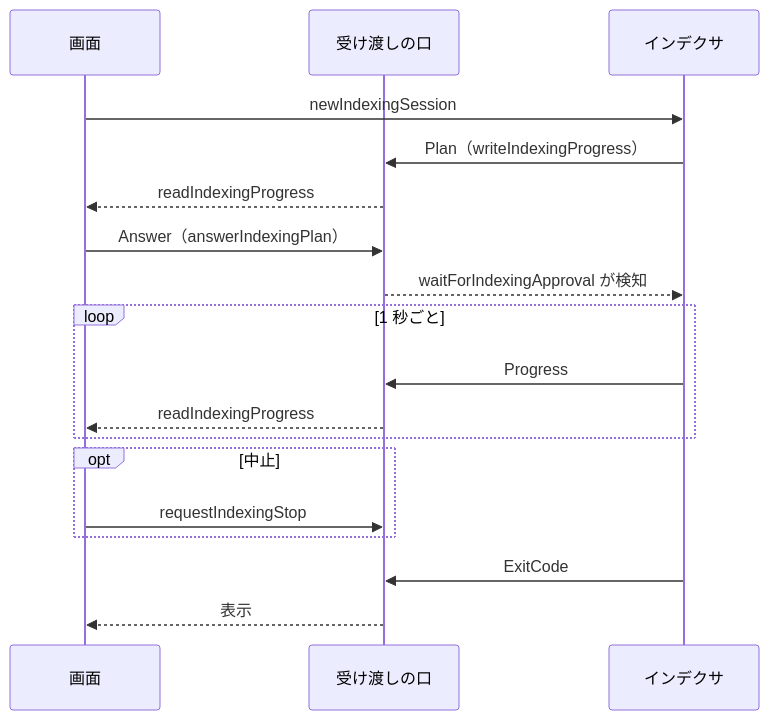
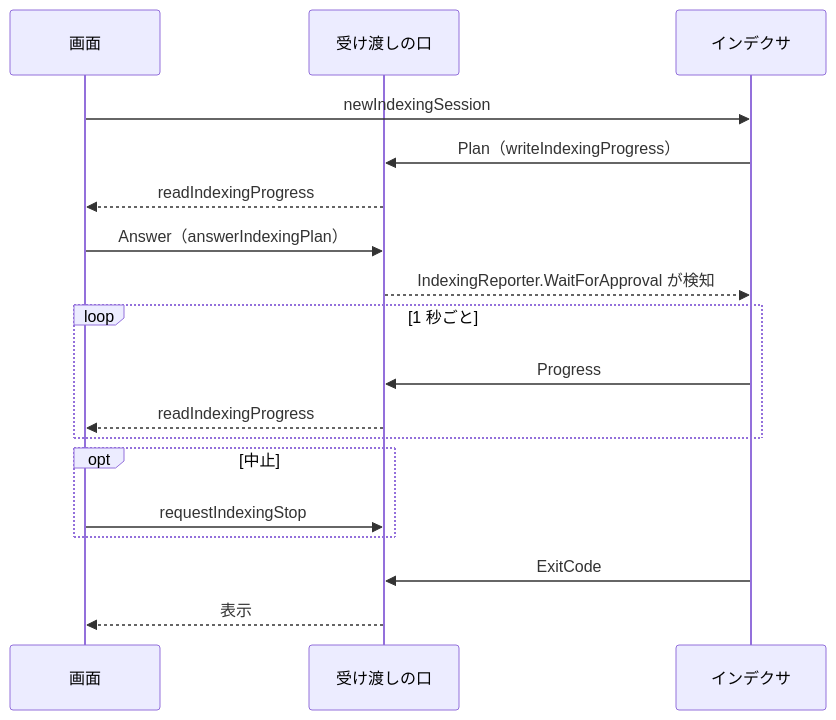
One commit to hsgwa/tebunko changed the third of 3 diagrams in docs/design/structure/threads.md. Above: the diagram before and after it, drawn with Mermaid. The commit also changed other lines of this file and 12 other files, not shown here.

````diff
--- a/docs/design/structure/threads.md
+++ b/docs/design/structure/threads.md
@@ -109,21 +109,21 @@
 ```mermaid
 sequenceDiagram
     participant G as 画面
     participant C as 受け渡しの口
     participant I as インデクサ
 
     G->>I: newIndexingSession
     I->>C: Plan（writeIndexingProgress）
     C-->>G: readIndexingProgress
     G->>C: Answer（answerIndexingPlan）
-    C-->>I: waitForIndexingApproval が検知
+    C-->>I: IndexingReporter.WaitForApproval が検知
     loop 1 秒ごと
         I->>C: Progress
         C-->>G: readIndexingProgress
     end
     opt 中止
         G->>C: requestIndexingStop
     end
     I->>C: ExitCode
     C-->>G: 表示
 ```
````
